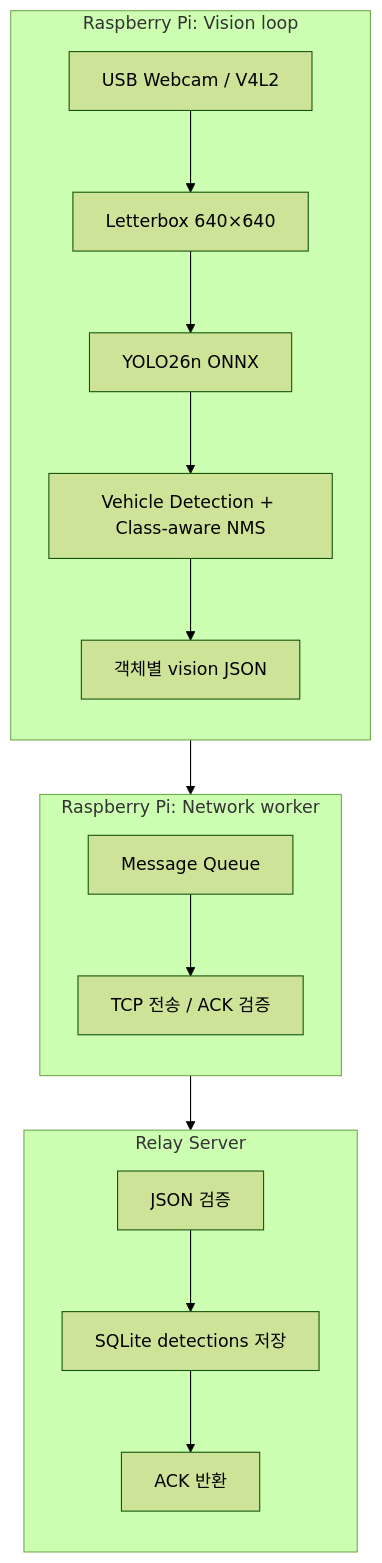
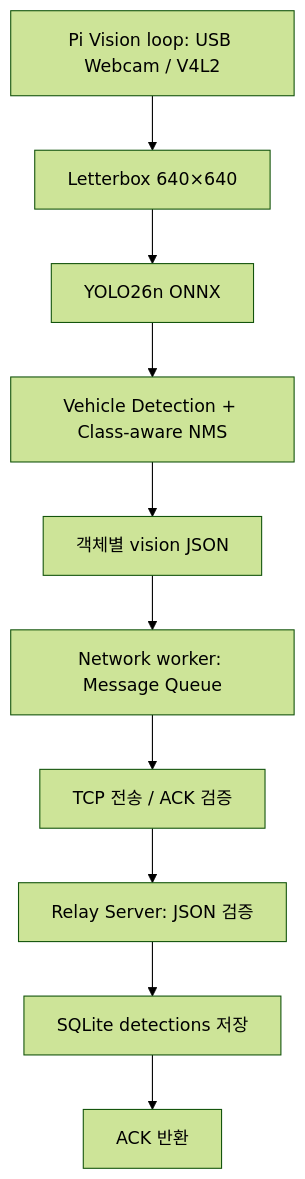
One commit to triton0305/jetson-edge-vision changed the diagram in README.md. Above: the diagram before and after it, drawn with Mermaid (forest theme).

Commit message:
docs: prevent architecture arrows crossing labels

````diff
--- a/README.md
+++ b/README.md
@@ -16,24 +16,16 @@
 ```mermaid
 flowchart TD
-  subgraph Vision["Raspberry Pi: Vision loop"]
-    direction TB
-    A["USB Webcam / V4L2"] --> B["Letterbox 640×640"]
-    B --> C["YOLO26n ONNX"]
-    C --> D["Vehicle Detection + Class-aware NMS"]
-    D --> E["객체별 vision JSON"]
-  end
+  A["Pi Vision loop: USB Webcam / V4L2"]
+  B["Letterbox 640×640"]
+  C["YOLO26n ONNX"]
+  D["Vehicle Detection + Class-aware NMS"]
+  E["객체별 vision JSON"]
+  F["Network worker: Message Queue"]
+  G["TCP 전송 / ACK 검증"]
+  H["Relay Server: JSON 검증"]
+  I["SQLite detections 저장"]
+  J["ACK 반환"]
 
-  subgraph Network["Raspberry Pi: Network worker"]
-    direction TB
-    F["Message Queue"] --> G["TCP 전송 / ACK 검증"]
-  end
-
-  subgraph Relay["Relay Server"]
-    direction TB
-    H["JSON 검증"] --> I["SQLite detections 저장"]
-    I --> J["ACK 반환"]
-  end
-
-  E --> F
-  G --> H
+  A --> B --> C --> D --> E
+  E --> F --> G --> H --> I --> J
 ```
````
